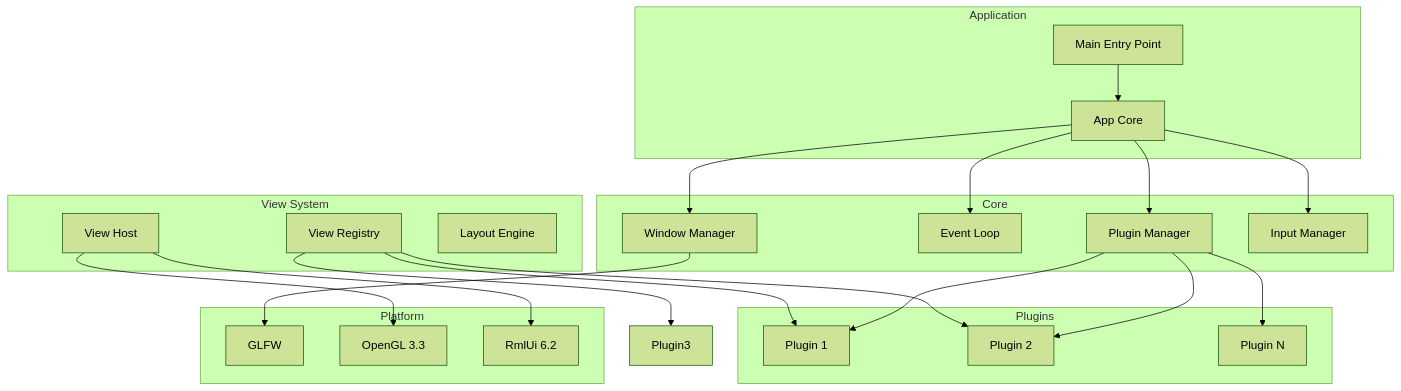
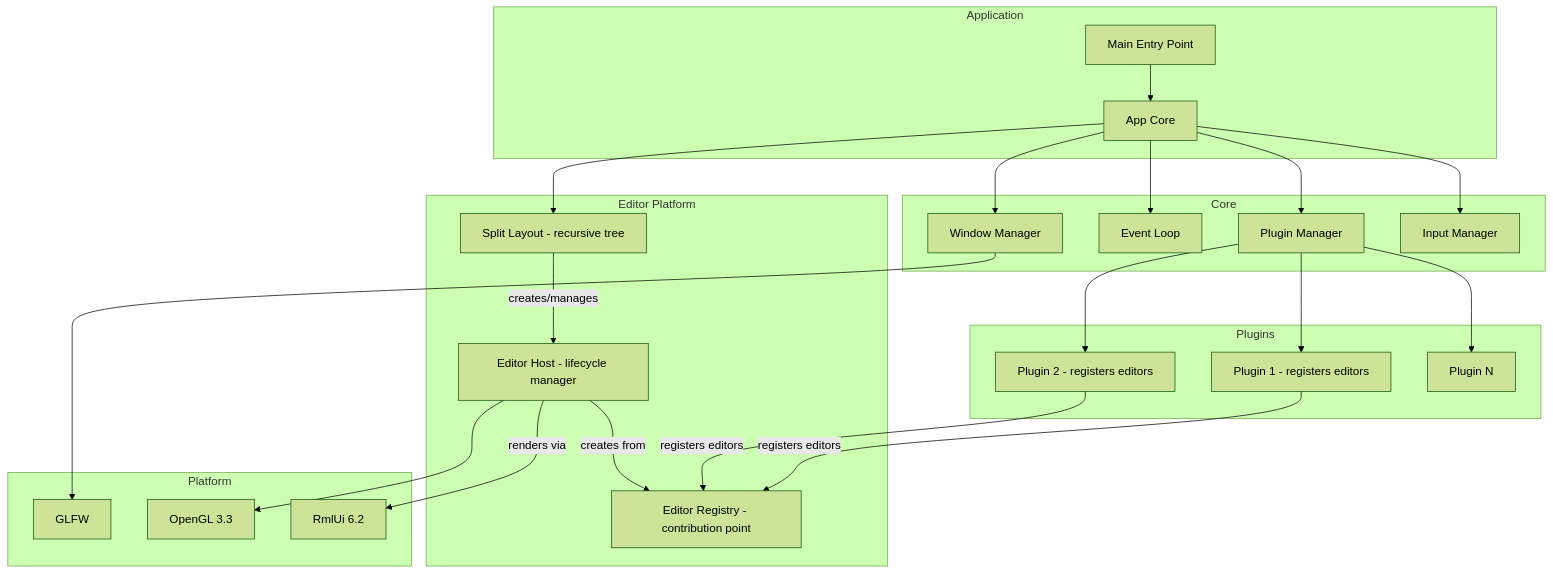
The first of 3 diagrams in plans/architecture.md (valdemar-const/rmlui-app), drawn with Mermaid (forest theme) before and after one commit. The commit also changed other lines of this file and 25 other files, not shown here.

Commit message:
better architecture

````diff
--- a/plans/architecture.md
+++ b/plans/architecture.md
@@ -51,50 +76,53 @@
 ```mermaid
 graph TB
     subgraph Application
         Main[Main Entry Point]
         App[App Core]
     end
     
     subgraph Core
         WindowMgr[Window Manager]
         EventLoop[Event Loop]
         PluginMgr[Plugin Manager]
         InputMgr[Input Manager]
     end
     
-    subgraph View System
-        ViewRegistry[View Registry]
-        ViewHost[View Host]
-        LayoutEngine[Layout Engine]
+    subgraph Editor Platform
+        EditorRegistry[Editor Registry - contribution point]
+        EditorHost[Editor Host - lifecycle manager]
+        SplitLayout[Split Layout - recursive tree]
     end
     
     subgraph Plugins
-        Plugin1[Plugin 1]
-        Plugin2[Plugin 2]
+        Plugin1[Plugin 1 - registers editors]
+        Plugin2[Plugin 2 - registers editors]
         PluginN[Plugin N]
     end
     
     subgraph Platform
         GLFW[GLFW]
         OpenGL[OpenGL 3.3]
         RmlUi[RmlUi 6.2]
     end
     
     Main --> App
     App --> WindowMgr
     App --> EventLoop
     App --> PluginMgr
     App --> InputMgr
+    App --> SplitLayout
     
     PluginMgr --> Plugin1
     PluginMgr --> Plugin2
     PluginMgr --> PluginN
     
-    ViewRegistry --> Plugin1
-    ViewRegistry --> Plugin2
-    ViewRegistry --> Plugin3
+    Plugin1 -->|registers editors| EditorRegistry
+    Plugin2 -->|registers editors| EditorRegistry
+    
+    SplitLayout -->|creates/manages| EditorHost
+    EditorHost -->|creates from| EditorRegistry
+    EditorHost -->|renders via| RmlUi
     
     WindowMgr --> GLFW
-    ViewHost --> RmlUi
-    ViewHost --> OpenGL
+    EditorHost --> OpenGL
 ```
````
